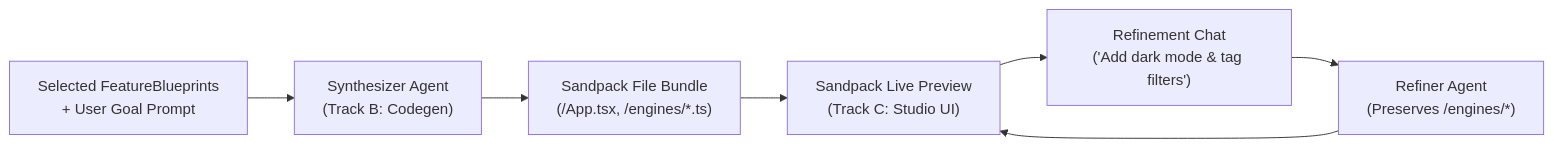
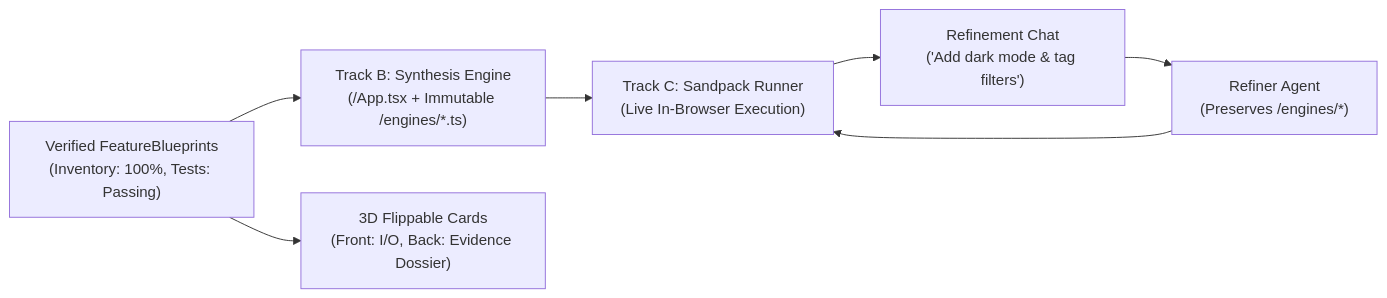
Before and after one commit to OSU-Hackathon-Team/HackOHIO_2026: the first of 2 diagrams in agents/implementation_and_frontend.md, drawn with Mermaid. The commit also changed other lines of this file and 9 other files, not shown here.

````diff
--- a/agents/implementation_and_frontend.md
+++ b/agents/implementation_and_frontend.md
@@ -19,9 +15,9 @@
 ```mermaid
 flowchart LR
-    A["Selected FeatureBlueprints<br/>+ User Goal Prompt"] --> B["Synthesizer Agent<br/>(Track B: Codegen)"]
-    B --> C["Sandpack File Bundle<br/>(/App.tsx, /engines/*.ts)"]
-    C --> D["Sandpack Live Preview<br/>(Track C: Studio UI)"]
-    D --> E["Refinement Chat<br/>('Add dark mode & tag filters')"]
-    E --> F["Refiner Agent<br/>(Preserves /engines/*)"]
-    F --> D
+    A["Verified FeatureBlueprints<br/>(Inventory: 100%, Tests: Passing)"] --> B["Track B: Synthesis Engine<br/>(/App.tsx + Immutable /engines/*.ts)"]
+    B --> C["Track C: Sandpack Runner<br/>(Live In-Browser Execution)"]
+    C --> D["Refinement Chat<br/>('Add dark mode & tag filters')"]
+    D --> E["Refiner Agent<br/>(Preserves /engines/*)"]
+    E --> C
+    A --> F["3D Flippable Cards<br/>(Front: I/O, Back: Evidence Dossier)"]
 ```
````
